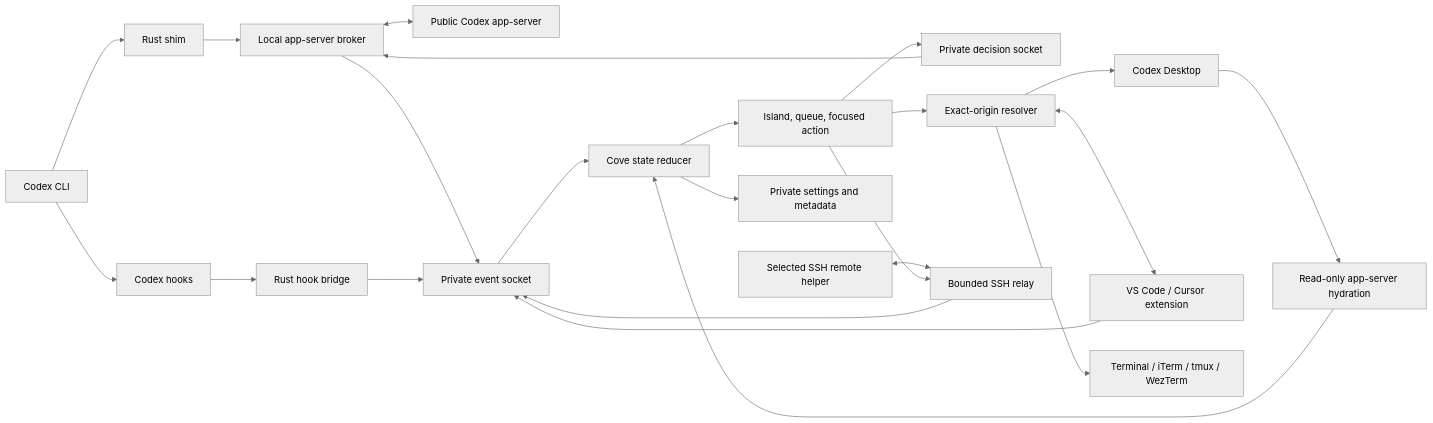
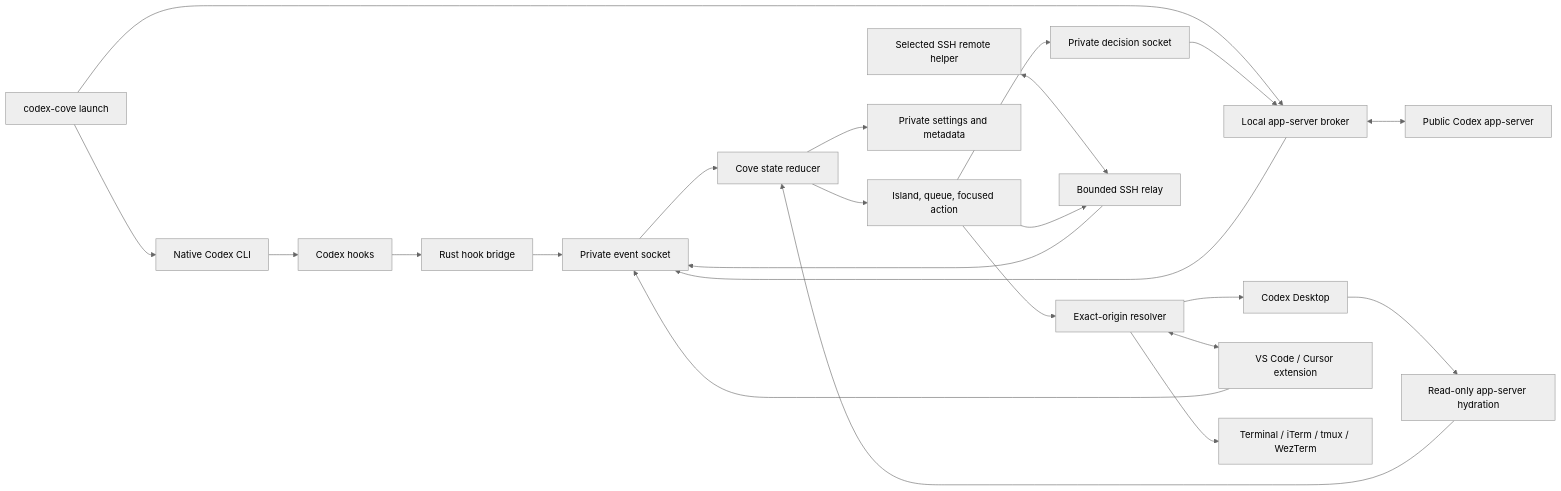
The diagram in docs/ARCHITECTURE.md (cdimartino/codex-cove), drawn with Mermaid (neutral theme) before and after one commit. The commit also changed other lines of this file and 37 other files, not shown here.

First line of the commit message:
Release Codex Cove 0.4.0 (#20)

````diff
--- a/docs/ARCHITECTURE.md
+++ b/docs/ARCHITECTURE.md
@@ -9,30 +9,30 @@
 ```mermaid
 flowchart LR
-    CLI["Codex CLI"] --> SHIM["Rust shim"]
-    SHIM --> BROKER["Local app-server broker"]
+    CLI["Native Codex CLI"] --> HOOK["Codex hooks"]
+    LAUNCH["codex-cove launch"] --> CLI
+    LAUNCH --> BROKER["Local app-server broker"]
     BROKER <--> AS["Public Codex app-server"]
-    CLI --> HOOK["Codex hooks"]
     HOOK --> HELPER["Rust hook bridge"]
     BROKER --> EVENT["Private event socket"]
     HELPER --> EVENT
 
     DESKTOP["Codex Desktop"] --> DAS["Read-only app-server hydration"]
     DAS --> STORE["Cove state reducer"]
     EVENT --> STORE
 
     EDITOR["VS Code / Cursor extension"] --> EVENT
     STORE --> UI["Island, queue, focused action"]
     UI --> DECISION["Private decision socket"]
     DECISION --> BROKER
 
     UI --> JUMP["Exact-origin resolver"]
     JUMP <--> EDITOR
     JUMP --> TERMINAL["Terminal / iTerm / tmux / WezTerm"]
     JUMP --> DESKTOP
 
     REMOTE["Selected SSH remote helper"] <--> RELAY["Bounded SSH relay"]
     RELAY --> EVENT
     UI --> RELAY
 
     STORE --> META["Private settings and metadata"]
 ```
````
